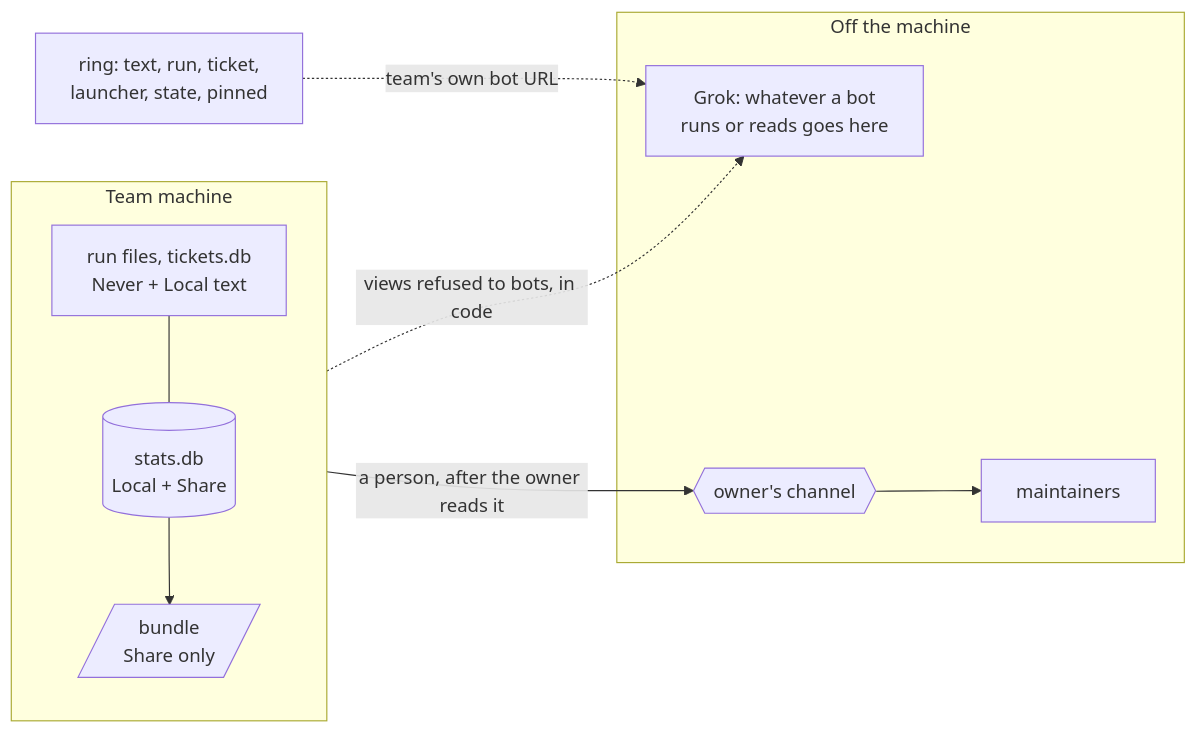
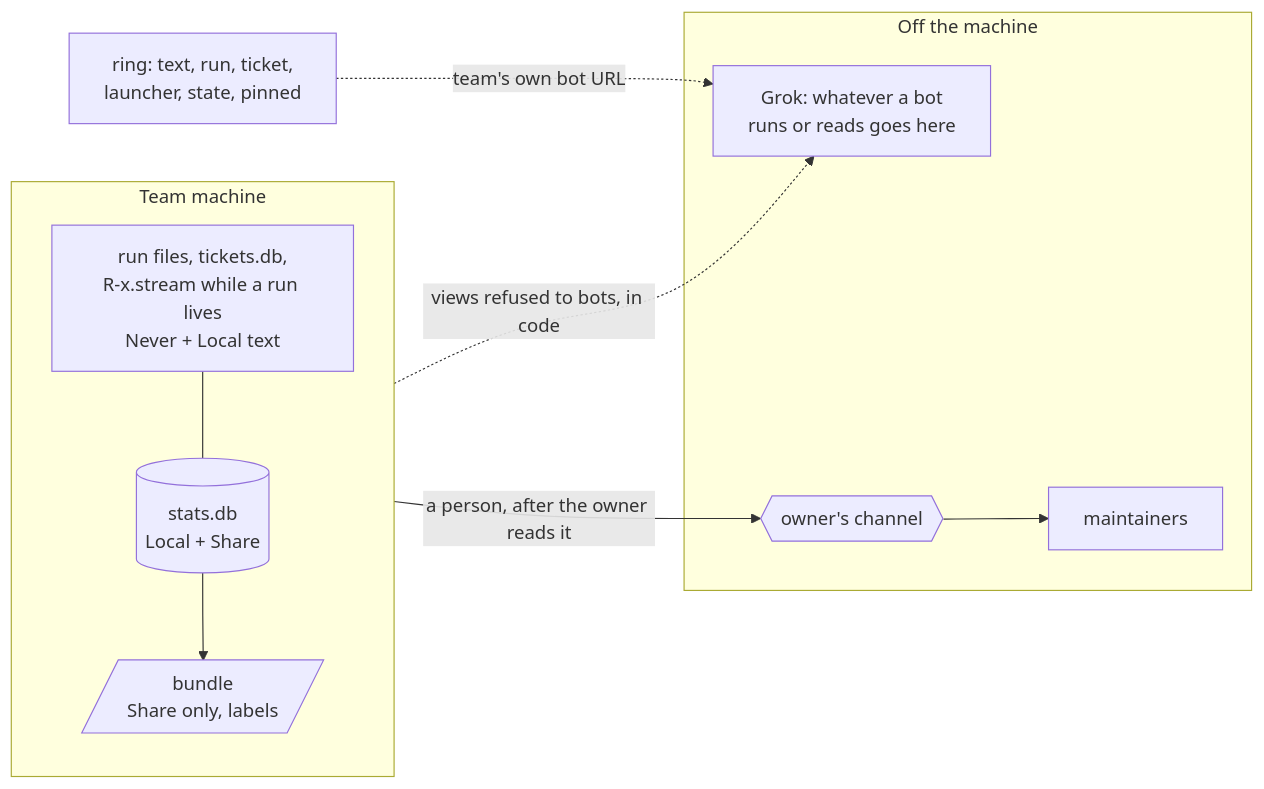
One commit to ProlesDei/maestro changed the ninth of 11 diagrams in docs/design/data-collection.md. Above: the diagram before and after it, drawn with Mermaid. The commit also changed other lines of this file and 3 other files, not shown here.

````diff
--- a/docs/design/data-collection.md
+++ b/docs/design/data-collection.md
@@ -695,17 +649,17 @@
 ```mermaid
 flowchart LR
   subgraph machine["Team machine"]
     direction TB
-    raw["run files, tickets.db<br/>Never + Local text"] --- st[("stats.db<br/>Local + Share")]
-    st --> b[/"bundle<br/>Share only"/]
+    raw["run files, tickets.db,<br/>R-x.stream while a run lives<br/>Never + Local text"] --- st[("stats.db<br/>Local + Share")]
+    st --> b[/"bundle<br/>Share only, labels"/]
   end
   subgraph off["Off the machine"]
     grok["Grok: whatever a bot<br/>runs or reads goes here"]
     ch{{"owner's channel"}}
     mt["maintainers"]
   end
   st -. "views refused to bots, in code" .-> grok
   b -- "a person, after the owner reads it" --> ch
   ch --> mt
   ring["ring: text, run, ticket,<br/>launcher, state, pinned"] -. "team's own bot URL" .-> grok
 ```
````
